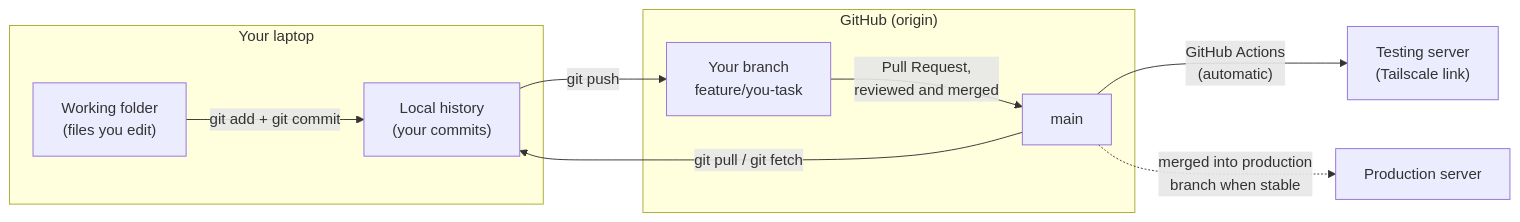
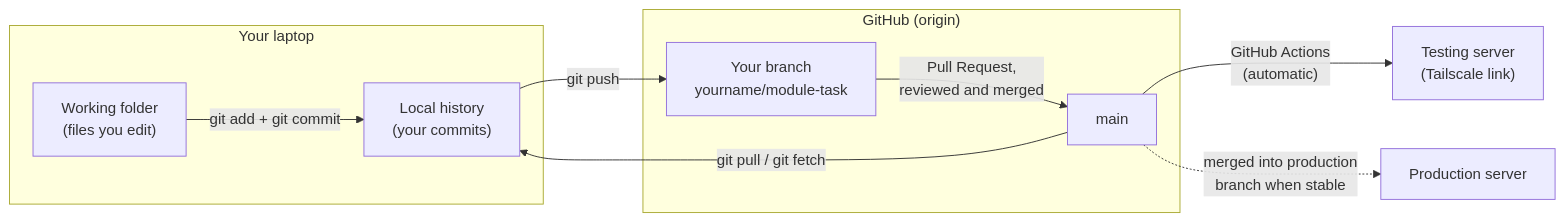
One commit to systoolspc-dev/Drishyamm changed the first of 4 diagrams in docs/GIT_WORKFLOW.md. Above: the diagram before and after it, drawn with Mermaid. The commit also changed other lines of this file and 2 other files, not shown here.

Commit message:
docs: branch naming convention

````diff
--- a/docs/GIT_WORKFLOW.md
+++ b/docs/GIT_WORKFLOW.md
@@ -29,15 +29,15 @@
 ```mermaid
 flowchart LR
   subgraph L["Your laptop"]
     W["Working folder<br/>(files you edit)"] -- "git add + git commit" --> R["Local history<br/>(your commits)"]
   end
   subgraph G["GitHub (origin)"]
-    FB["Your branch<br/>feature/you-task"]
+    FB["Your branch<br/>yourname/module-task"]
     M["main"]
   end
   R -- "git push" --> FB
   FB -- "Pull Request,<br/>reviewed and merged" --> M
   M -- "git pull / git fetch" --> R
   M -- "GitHub Actions<br/>(automatic)" --> T["Testing server<br/>(Tailscale link)"]
   M -. "merged into production<br/>branch when stable" .-> P["Production server"]
 ```
````
